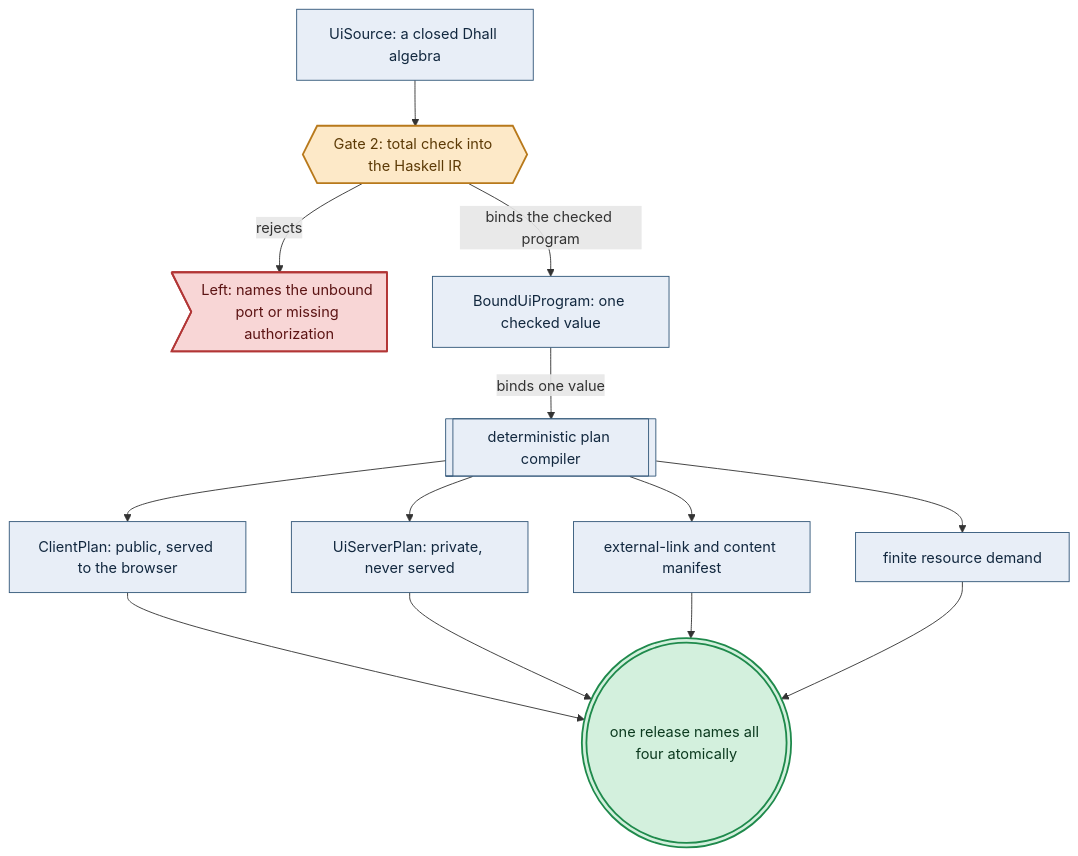
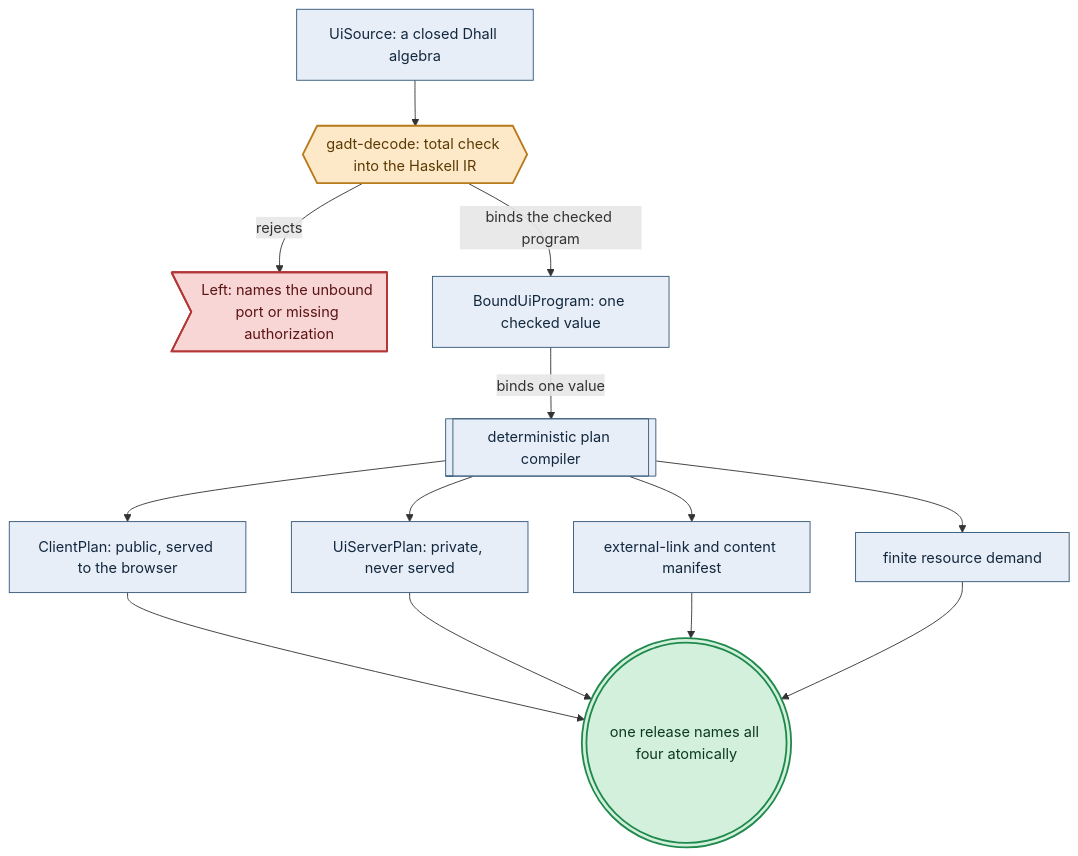
The first of 2 diagrams in documents/engineering/low_code_ui_runtime_doctrine.md (Tuee22/amoebius), drawn with Mermaid before and after one commit. The commit also changed other lines of this file and 381 other files, not shown here.

````diff
--- a/documents/engineering/low_code_ui_runtime_doctrine.md
+++ b/documents/engineering/low_code_ui_runtime_doctrine.md
@@ -167,30 +167,30 @@
 ```mermaid
 flowchart TD
   %% register: algebra
   src["UiSource: a closed Dhall algebra"]:::intent
-  chk{{"Gate 2: total check into the Haskell IR"}}:::gate
+  chk{{"gadt-decode: total check into the Haskell IR"}}:::gate
   bad>"Left: names the unbound port or missing authorization"]:::refuse
   bound["BoundUiProgram: one checked value"]:::intent
   comp[["deterministic plan compiler"]]:::intent
   client["ClientPlan: public, served to the browser"]:::intent
   server["UiServerPlan: private, never served"]:::intent
   links["external-link and content manifest"]:::intent
   demand["finite resource demand"]:::intent
   seal((("one release names all four atomically"))):::seal
   src --> chk
   chk -->|"rejects"| bad
   chk -->|"binds the checked program"| bound
   bound -->|"binds one value"| comp
   comp --> client
   comp --> server
   comp --> links
   comp --> demand
   client --> seal
   server --> seal
   links --> seal
   demand --> seal
   classDef intent   fill:#e8eef7,stroke:#33587a,color:#12283f,stroke-width:1px
   classDef gate     fill:#fde9c8,stroke:#b8791b,color:#5c3a06,stroke-width:2px
   classDef seal     fill:#d3f0dd,stroke:#1f8a4c,color:#0c3a1f,stroke-width:2px
   classDef refuse   fill:#f8d6d6,stroke:#b23636,color:#5c1414,stroke-width:2px
 ```
````
